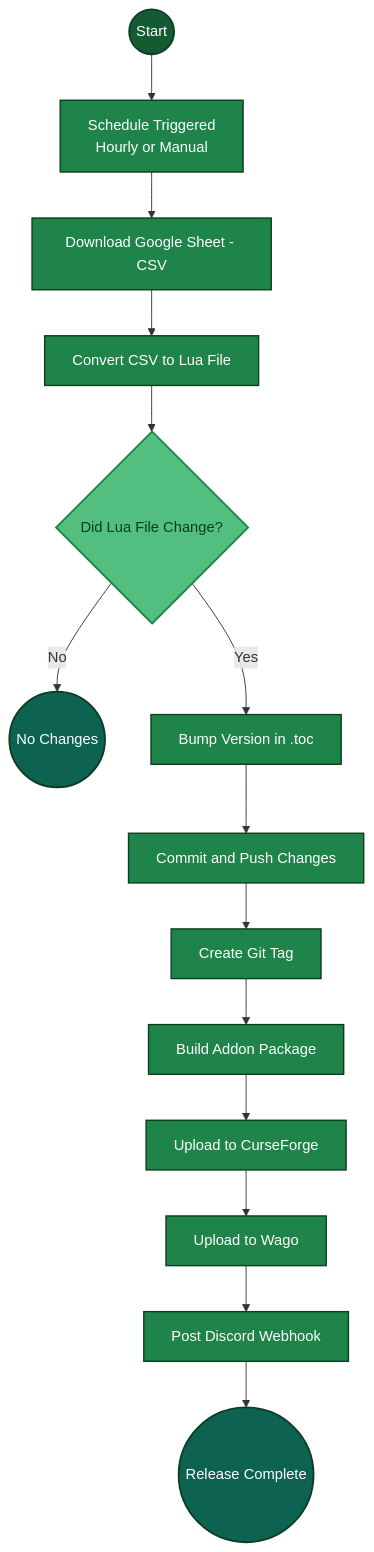
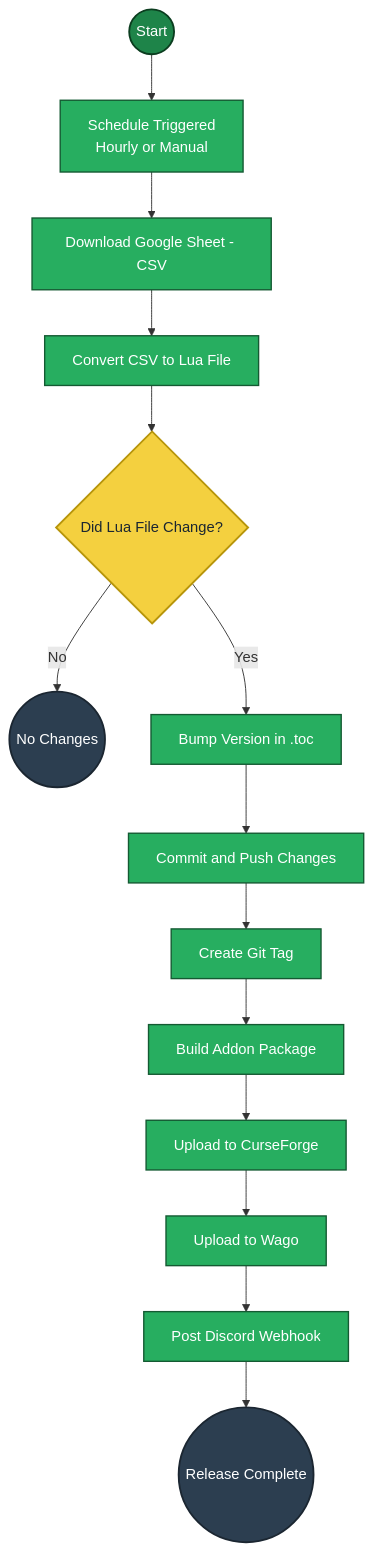
The diagram in README.md (Devbezos/Larias-Weekly-Checklist), drawn with Mermaid before and after one commit.

````diff
--- a/README.md
+++ b/README.md
@@ -1,29 +1,30 @@
 ```mermaid
 flowchart TD
 
     A((Start)):::start
     B[Schedule Triggered<br/>Hourly or Manual]:::process
     E[Download Google Sheet - CSV]:::process
     F[Convert CSV to Lua File]:::process
     G{Did Lua File Change?}:::decision
 
     H((No Changes)):::finish
     I[Bump Version in .toc]:::process
     J[Commit and Push Changes]:::process
     K[Create Git Tag]:::process
     L[Build Addon Package]:::process
     M[Upload to CurseForge]:::process
     N[Upload to Wago]:::process
     O[Post Discord Webhook]:::process
     P((Release Complete)):::finish
 
     A --> B --> E --> F --> G
     G -- No --> H
     G -- Yes --> I --> J --> K --> L --> M --> N --> O --> P
 
-    classDef start fill:#145A32,color:#FFFFFF,stroke:#0B3D1F,stroke-width:2px;
-    classDef process fill:#1E8449,color:#FFFFFF,stroke:#0B3D1F,stroke-width:1.5px;
-    classDef decision fill:#52BE80,color:#0B3D1F,stroke:#1D8348,stroke-width:2px;
-    classDef finish fill:#0E6251,color:#FFFFFF,stroke:#0B3D1F,stroke-width:2px;
+classDef start fill:#1E8449,color:#FFFFFF,stroke:#0B3D1F,stroke-width:2px;
+classDef process fill:#27AE60,color:#FFFFFF,stroke:#145A32,stroke-width:1.5px;
+classDef decision fill:#F4D03F,color:#1B2631,stroke:#B7950B,stroke-width:2px;
+classDef finish fill:#2C3E50,color:#FFFFFF,stroke:#1B2631,stroke-width:2px;
+
 
 ```
````
